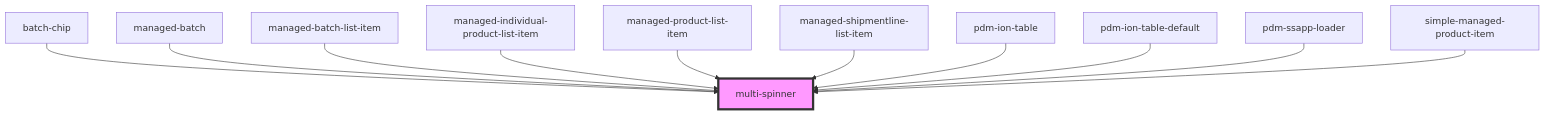
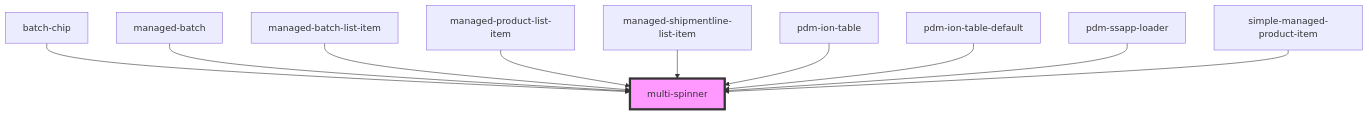
The diagram in pdm-web-components/src/components/multi-spinner/readme.md (PharmaLedger-IMI/fgt-workspace), drawn with Mermaid before and after one commit. The commit also changed other lines of this file and 6 other files, not shown here.

````diff
--- a/pdm-web-components/src/components/multi-spinner/readme.md
+++ b/pdm-web-components/src/components/multi-spinner/readme.md
@@ -31,14 +30,13 @@
 ```mermaid
 graph TD;
   batch-chip --> multi-spinner
   managed-batch --> multi-spinner
   managed-batch-list-item --> multi-spinner
-  managed-individual-product-list-item --> multi-spinner
   managed-product-list-item --> multi-spinner
   managed-shipmentline-list-item --> multi-spinner
   pdm-ion-table --> multi-spinner
   pdm-ion-table-default --> multi-spinner
   pdm-ssapp-loader --> multi-spinner
   simple-managed-product-item --> multi-spinner
   style multi-spinner fill:#f9f,stroke:#333,stroke-width:4px
 ```
````
